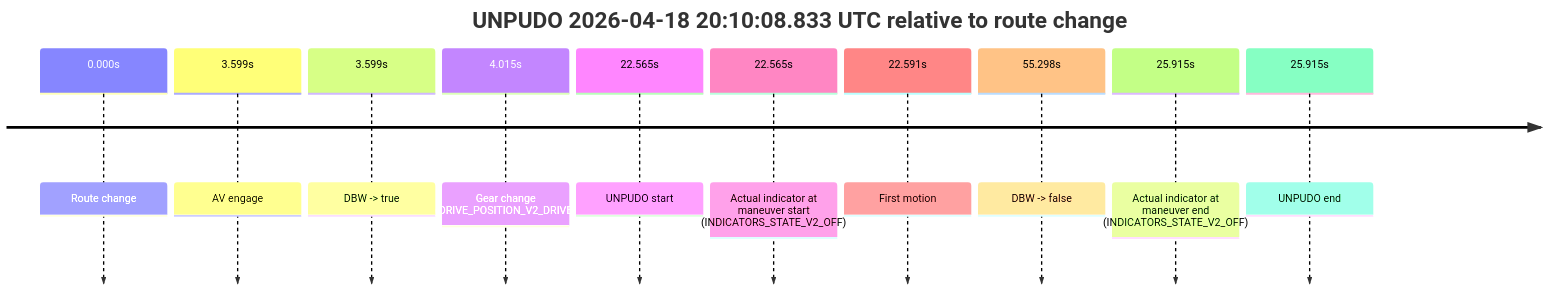
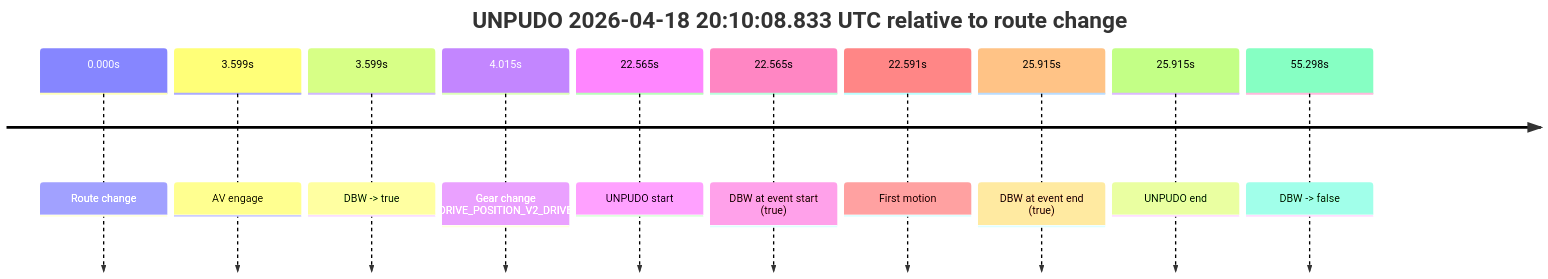
The first of 4 diagrams in model_analysis/report_cards/2026/04/Week-3/fme20031--2026-04-18--20-01-35--gen2-av-488757f4-84a2-41cf-ba93-f1418f8e3bc7.md (yoelshapiro/vault), drawn with Mermaid before and after one commit. The commit also changed other lines of this file and 32 other files, not shown here.

````diff
--- a/model_analysis/report_cards/2026/04/Week-3/fme20031--2026-04-18--20-01-35--gen2-av-488757f4-84a2-41cf-ba93-f1418f8e3bc7.md
+++ b/model_analysis/report_cards/2026/04/Week-3/fme20031--2026-04-18--20-01-35--gen2-av-488757f4-84a2-41cf-ba93-f1418f8e3bc7.md
@@ -43,14 +43,14 @@
 ```mermaid
 timeline
     title UNPUDO 2026-04-18 20:10:08.833 UTC relative to route change
     0.000s : Route change
     3.599s : AV engage
     3.599s : DBW -> true
     4.015s : Gear change (DRIVE_POSITION_V2_DRIVE)
     22.565s : UNPUDO start
-    22.565s : Actual indicator at maneuver start (INDICATORS_STATE_V2_OFF)
+    22.565s : DBW at event start (true)
     22.591s : First motion
+    25.915s : DBW at event end (true)
+    25.915s : UNPUDO end
     55.298s : DBW -> false
-    25.915s : Actual indicator at maneuver end (INDICATORS_STATE_V2_OFF)
-    25.915s : UNPUDO end
 ```
````
